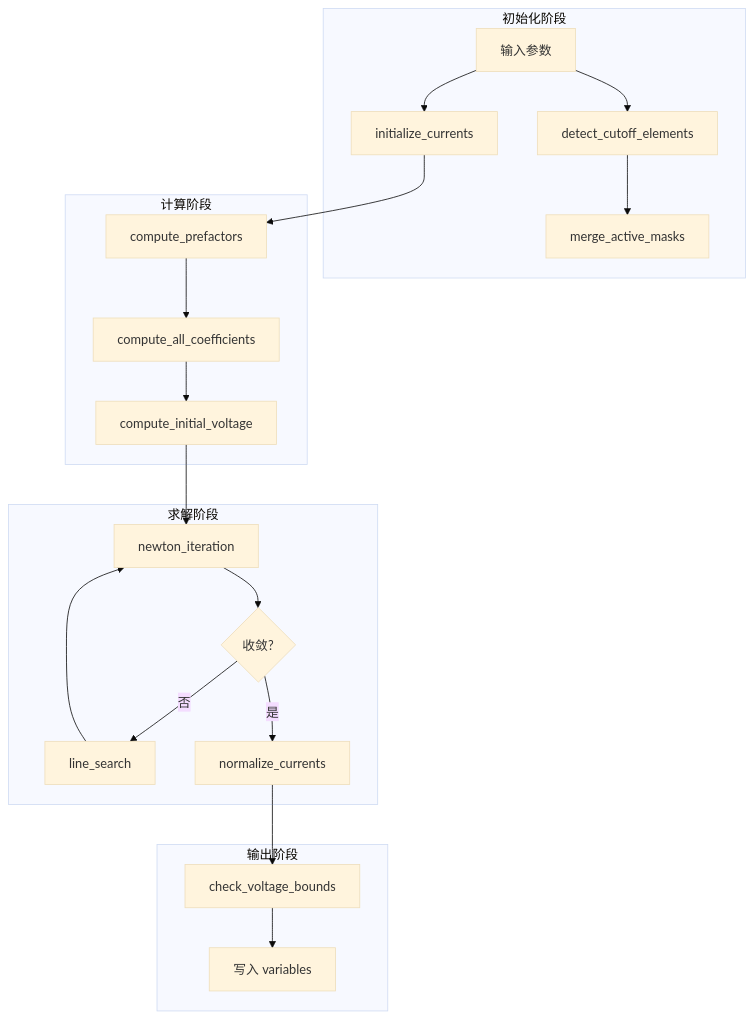
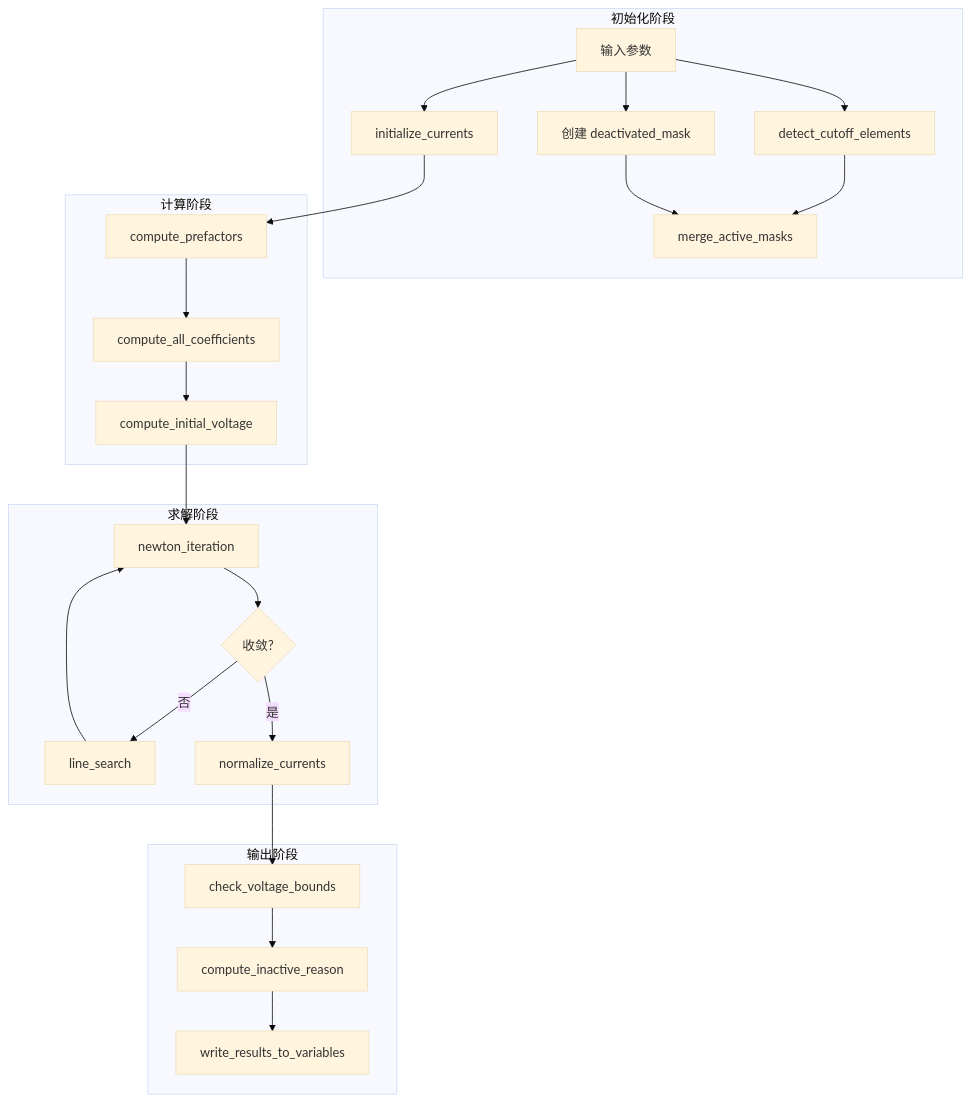
Before and after one commit to WenStaoCHongP/JuBat: the diagram in docs/superpowers/specs/2026-03-24-parallelsolution-refactor-design.md, drawn with Mermaid (base theme). The commit also changed other lines of this file, not shown here.

````diff
--- a/docs/superpowers/specs/2026-03-24-parallelsolution-refactor-design.md
+++ b/docs/superpowers/specs/2026-03-24-parallelsolution-refactor-design.md
@@ -309,27 +357,30 @@
 ```mermaid
 flowchart TB
-    subgraph init_phase["初始化阶段"]
-        A[输入参数] --> B[initialize_currents]
-        A --> C[detect_cutoff_elements]
-        C --> D[merge_active_masks]
+    subgraph initPhase["初始化阶段"]
+        A["输入参数"] --> B["initialize_currents"]
+        A --> C["detect_cutoff_elements"]
+        C --> D["merge_active_masks"]
+        A --> E["创建 deactivated_mask"]
+        E --> D
     end
     
-    subgraph compute_phase["计算阶段"]
-        B --> E[compute_prefactors]
-        E --> F[compute_all_coefficients]
-        F --> G[compute_initial_voltage]
+    subgraph computePhase["计算阶段"]
+        B --> F["compute_prefactors"]
+        F --> G["compute_all_coefficients"]
+        G --> H["compute_initial_voltage"]
     end
     
-    subgraph solve_phase["求解阶段"]
-        G --> H[newton_iteration]
-        H --> I{收敛?}
-        I -->|否| J[line_search]
-        J --> H
-        I -->|是| K[normalize_currents]
+    subgraph solvePhase["求解阶段"]
+        H --> I["newton_iteration"]
+        I --> J{"收敛?"}
+        J -->|否| K["line_search"]
+        K --> I
+        J -->|是| L["normalize_currents"]
     end
     
-    subgraph output_phase["输出阶段"]
-        K --> L[check_voltage_bounds]
-        L --> M[写入 variables]
+    subgraph outputPhase["输出阶段"]
+        L --> M["check_voltage_bounds"]
+        M --> N["compute_inactive_reason"]
+        N --> O["write_results_to_variables"]
     end
 ```
````
